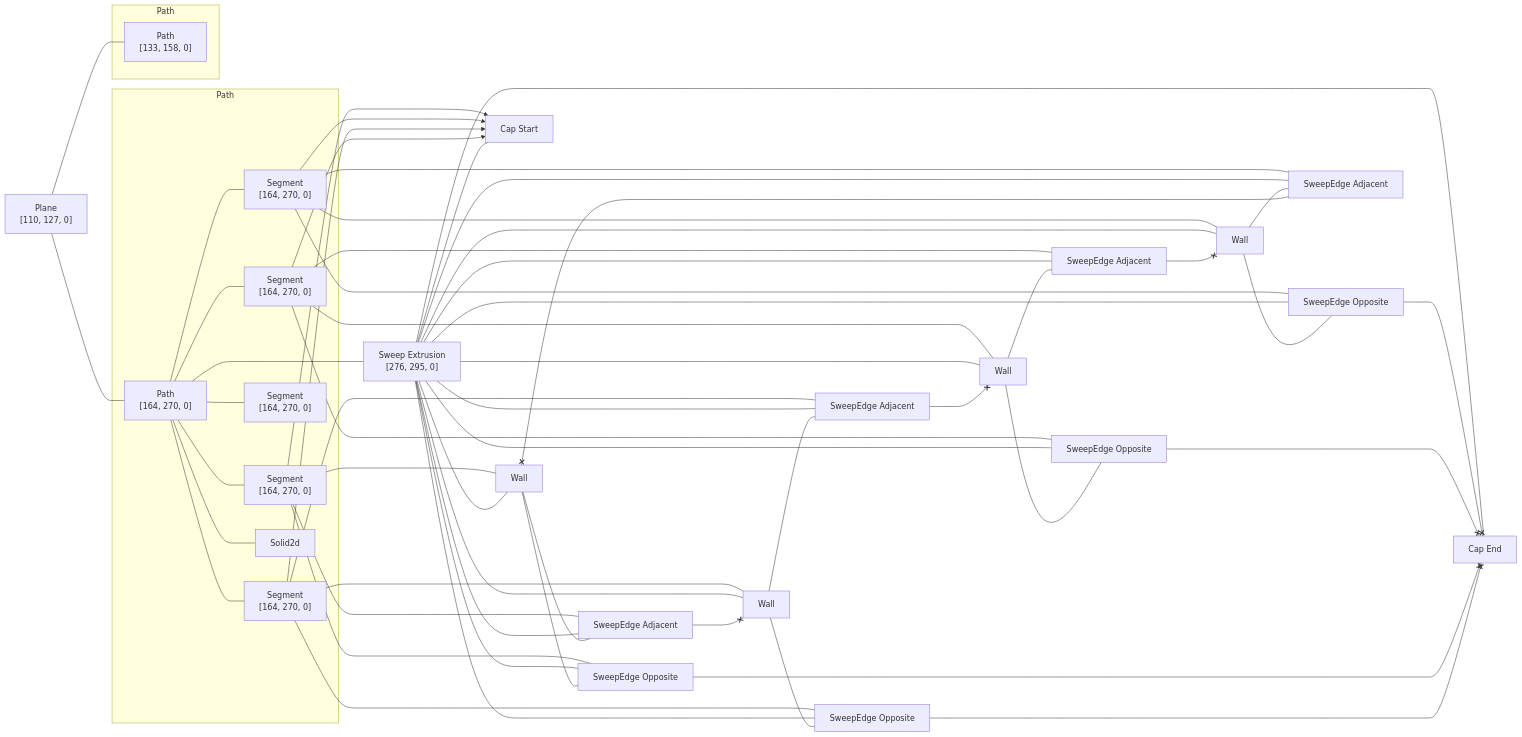
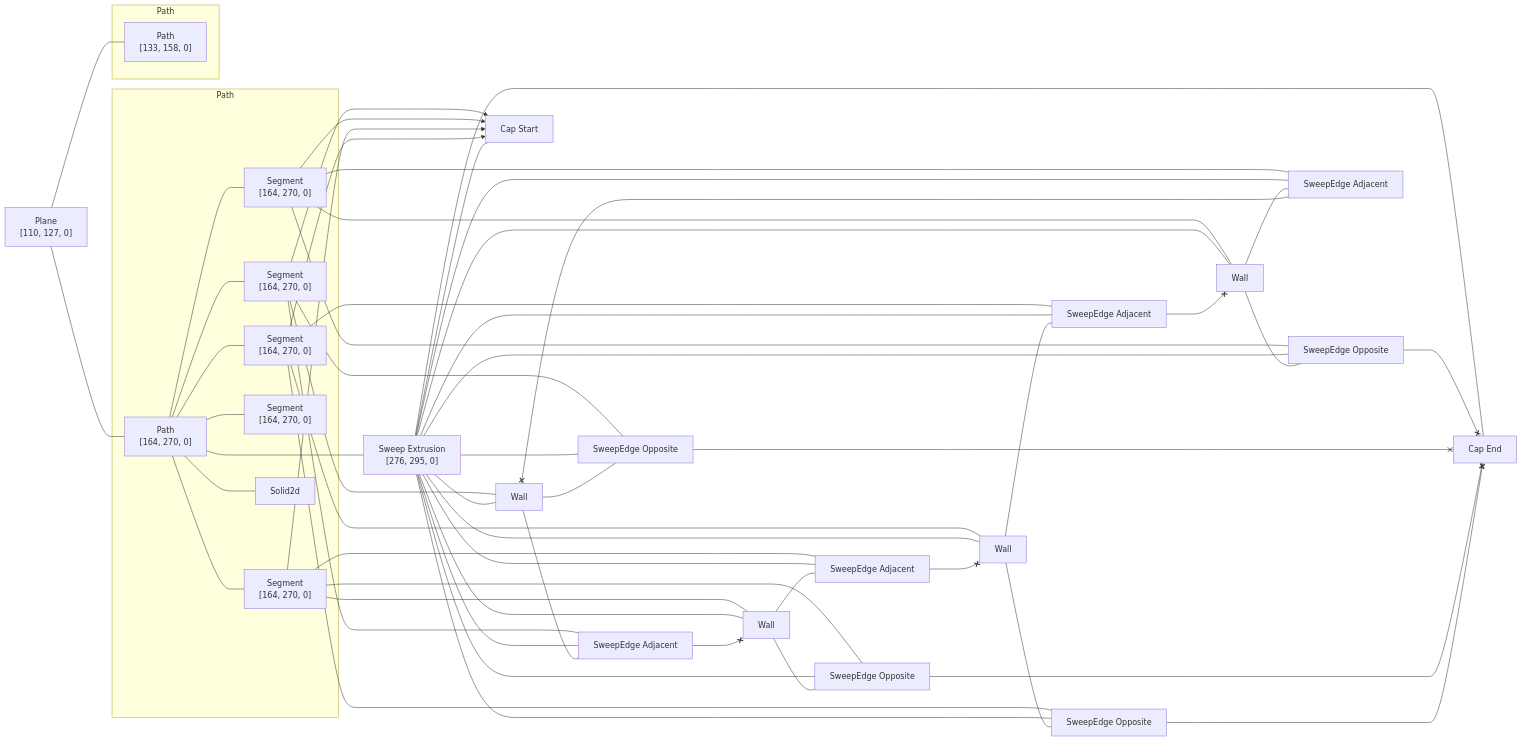
The diagram in rust/kcl-lib/tests/multi_transform/artifact_graph_flowchart.snap.md (rajgandhi1/modeling-app), drawn with Mermaid before and after one commit. The commit also changed 101 other files, not shown here.

```diff
--- a/rust/kcl-lib/tests/multi_transform/artifact_graph_flowchart.snap.md
+++ b/rust/kcl-lib/tests/multi_transform/artifact_graph_flowchart.snap.md
@@ -39,19 +39,19 @@
   3 ---- 10
   4 --- 11
   4 x--> 15
-  4 --- 19
+  4 --- 18
   4 --- 22
   5 --- 12
   5 x--> 15
   5 --- 17
-  5 --- 23
+  5 --- 21
   6 --- 13
   6 x--> 15
-  6 --- 20
-  6 --- 21
+  6 --- 19
+  6 --- 23
   8 --- 14
   8 x--> 15
-  8 --- 18
+  8 --- 20
   8 --- 24
   10 --- 11
   10 --- 12
@@ -67,17 +67,17 @@
   10 --- 22
   10 --- 23
   10 --- 24
-  11 --- 19
+  11 --- 18
+  21 <--x 11
   11 --- 22
-  23 <--x 11
   12 --- 17
-  12 --- 23
+  12 --- 21
   24 <--x 12
-  13 --- 20
-  13 --- 21
+  13 --- 19
   22 <--x 13
-  14 --- 18
-  21 <--x 14
+  13 --- 23
+  14 --- 20
+  23 <--x 14
   14 --- 24
   17 <--x 16
   18 <--x 16
```
